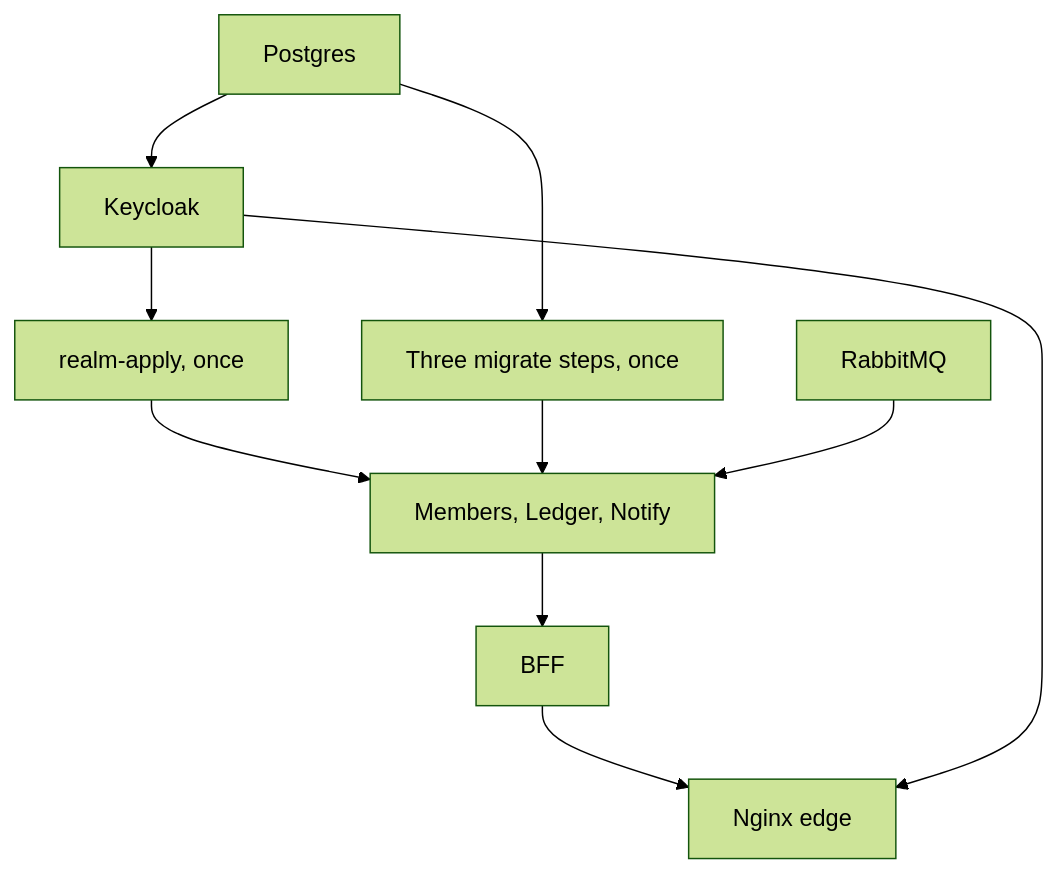
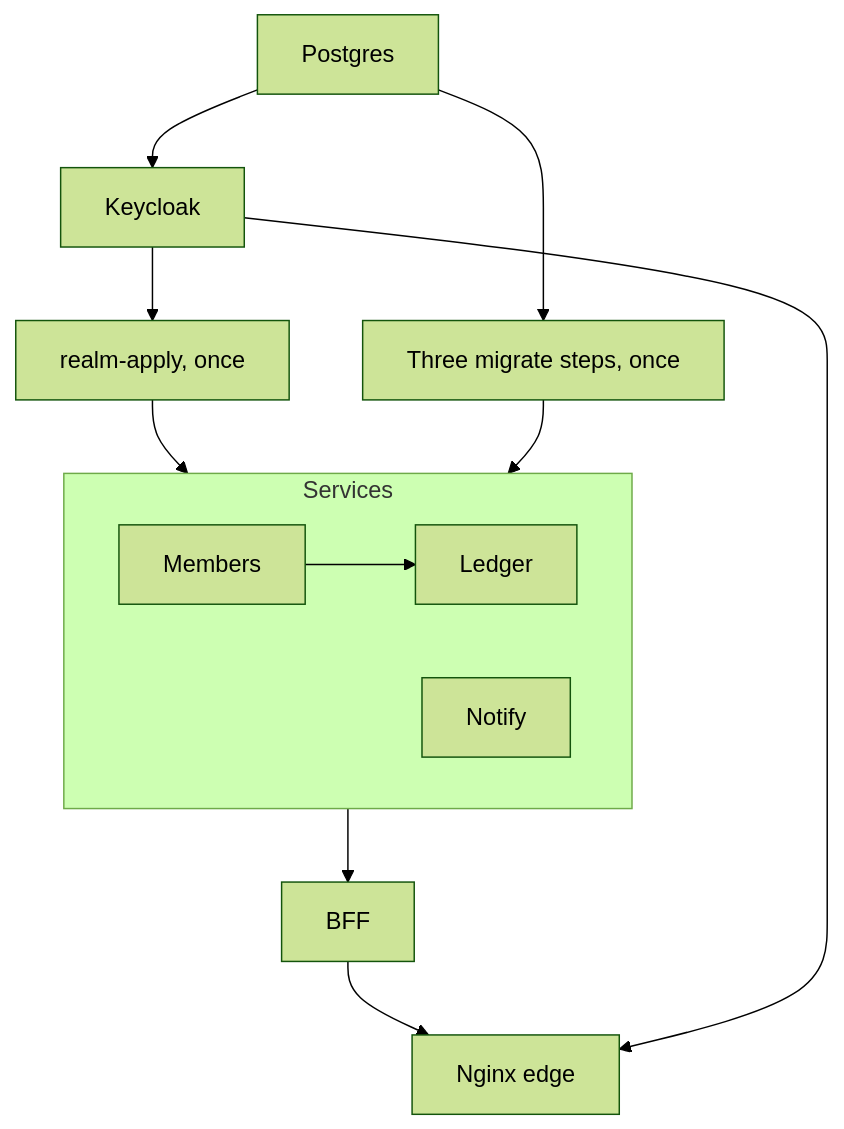
One commit to ravialdyh/my-money-recap-monorepo changed the diagram in infra/compose/README.md. Above: the diagram before and after it, drawn with Mermaid (forest theme). The commit also changed other lines of this file and 16 other files, not shown here.

````diff
--- a/infra/compose/README.md
+++ b/infra/compose/README.md
@@ -40,20 +40,24 @@
 ```mermaid
 flowchart TD
     postgres["Postgres"]
-    rabbit["RabbitMQ"]
     keycloak["Keycloak"]
     realm["realm-apply, once"]
     migrate["Three migrate steps, once"]
-    services["Members, Ledger, Notify"]
+    subgraph services["Services"]
+        direction LR
+        members["Members"]
+        notify["Notify"]
+        ledger["Ledger"]
+    end
     bff["BFF"]
     nginx["Nginx edge"]
     postgres --> keycloak
     postgres --> migrate
     keycloak --> realm
     realm --> services
     migrate --> services
-    rabbit --> services
-    services --> bff
+    members --> ledger
+    ledger --> bff
     bff --> nginx
     keycloak --> nginx
 ```
````
